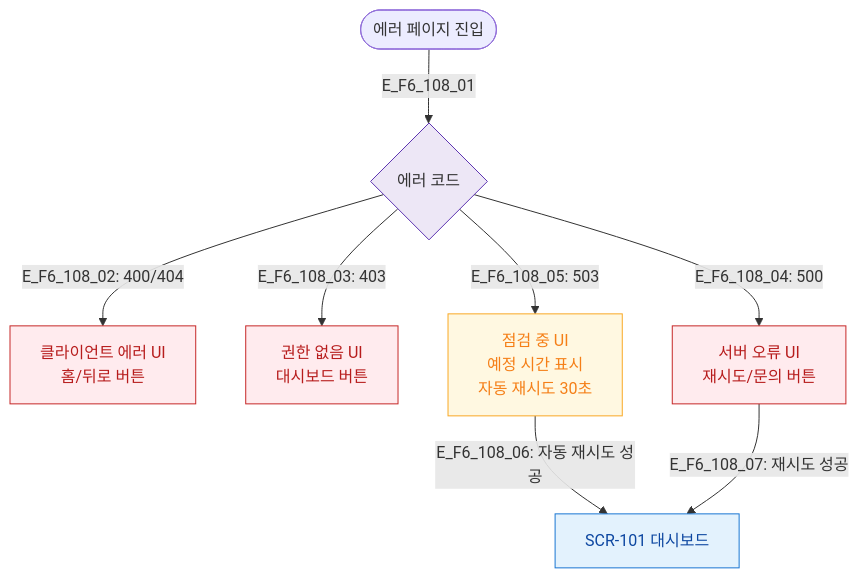
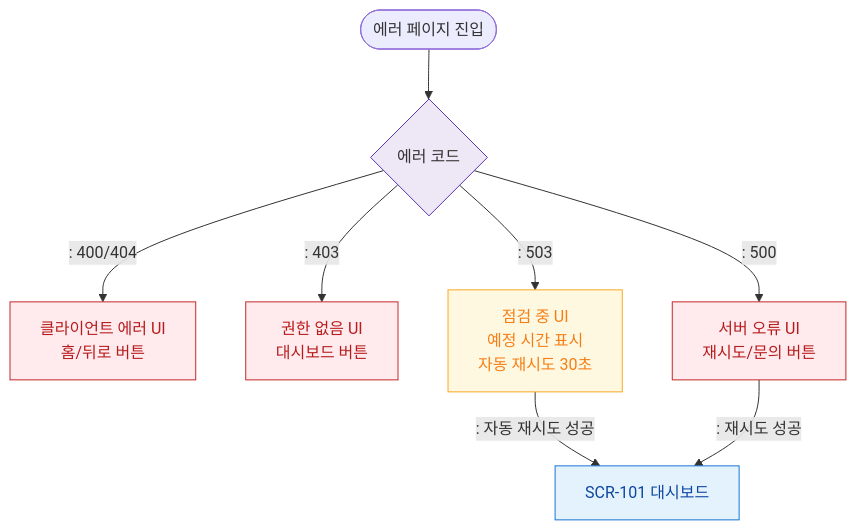
Before and after one commit to dev-spogym/admin-pando: the diagram in docs/다이어그램/D01_공통/SCR-108_에러페이지/F6_상태별.md, drawn with Mermaid. The commit also changed other lines of this file and 1660 other files, not shown here.

First line of the commit message:
다이어그램: 기획자/클라이언트 납품본으로 정리

````diff
--- a/docs/다이어그램/D01_공통/SCR-108_에러페이지/F6_상태별.md
+++ b/docs/다이어그램/D01_공통/SCR-108_에러페이지/F6_상태별.md
@@ -19,21 +17,21 @@
 ```mermaid
 flowchart TD
-    ENTER([에러 페이지 진입]) -->|E_F6_108_01| CODE{에러 코드}
+    ENTER([에러 페이지 진입]) --> CODE{에러 코드}
 
-    CODE -->|"E_F6_108_02: 400/404"| STATE_CLIENT[클라이언트 에러 UI\n홈/뒤로 버튼]
-    CODE -->|"E_F6_108_03: 403"| STATE_FORBIDDEN[권한 없음 UI\n대시보드 버튼]
-    CODE -->|"E_F6_108_04: 500"| STATE_SERVER[서버 오류 UI\n재시도/문의 버튼]
-    CODE -->|"E_F6_108_05: 503"| STATE_MAINTENANCE[점검 중 UI\n예정 시간 표시\n자동 재시도 30초]
+    CODE -->|": 400/404"|STATE_CLIENT[클라이언트 에러 UI\n홈/뒤로 버튼]
+    CODE -->|": 403"|STATE_FORBIDDEN[권한 없음 UI\n대시보드 버튼]
+    CODE -->|": 500"|STATE_SERVER[서버 오류 UI\n재시도/문의 버튼]
+    CODE -->|": 503"|STATE_MAINTENANCE[점검 중 UI\n예정 시간 표시\n자동 재시도 30초]
 
-    STATE_MAINTENANCE -->|"E_F6_108_06: 자동 재시도 성공"| NAV_HOME[SCR-101 대시보드]
-    STATE_SERVER -->|"E_F6_108_07: 재시도 성공"| NAV_HOME
+    STATE_MAINTENANCE -->|": 자동 재시도 성공"|NAV_HOME[SCR-101 대시보드]
+    STATE_SERVER -->|": 재시도 성공"|NAV_HOME
 
-    classDef screen  fill:#E3F2FD,stroke:#1976D2,color:#0D47A1
-    classDef error   fill:#FFEBEE,stroke:#C62828,color:#B71C1C
+    classDef screen fill:#E3F2FD,stroke:#1976D2,color:#0D47A1
+    classDef error fill:#FFEBEE,stroke:#C62828,color:#B71C1C
     classDef warning fill:#FFF8E1,stroke:#F9A825,color:#F57F17
-    classDef system  fill:#EDE7F6,stroke:#5E35B2
+    classDef system fill:#EDE7F6,stroke:#5E35B2
     class NAV_HOME screen
     class STATE_CLIENT,STATE_FORBIDDEN,STATE_SERVER error
     class STATE_MAINTENANCE warning
     class CODE system
 ```
````
